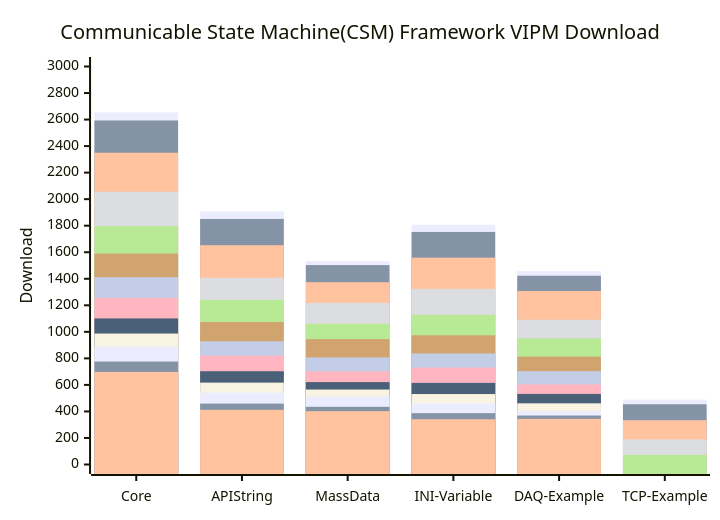
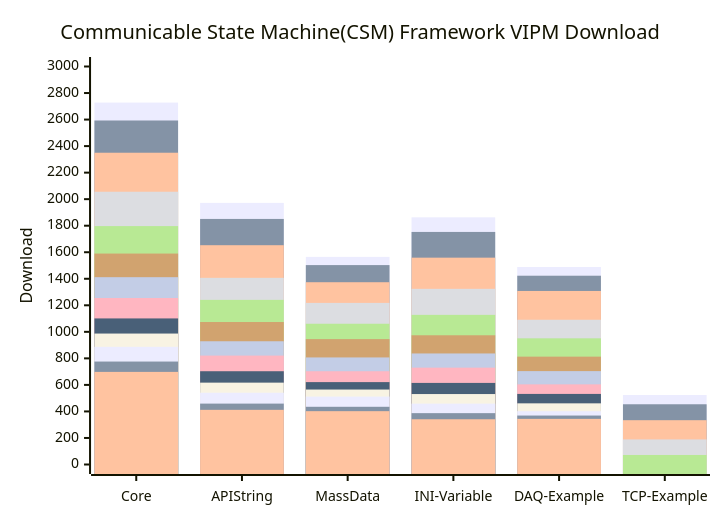
The diagram in profile/README.md (NEVSTOP-LAB/.github), drawn with Mermaid before and after one commit.

````diff
--- a/profile/README.md
+++ b/profile/README.md
@@ -31,19 +31,19 @@
 ```mermaid
     xychart-beta
     title "Communicable State Machine(CSM) Framework VIPM Download"
     x-axis [Core, API String, MassData, INI-Variable, DAQ-Example, TCP-Example]
     y-axis "Download" 0 --> 3000
-    bar   [2655, 1908, 1533, 1807, 1458, 489]
+    bar   [2728, 1972, 1565, 1863, 1489, 524]
     bar   [2593, 1851, 1503, 1753, 1423, 454]
     bar   [2350, 1653, 1374, 1559, 1308, 334]
     bar   [2056, 1407, 1218, 1324, 1091, 189]
     bar   [1797, 1241, 1061, 1128, 951, 72]
     bar   [1590, 1074, 945, 974, 813]
     bar   [1412, 929, 807, 837, 704]
     bar   [1255, 821, 703, 730, 604]
     bar   [1101, 703, 621, 615, 532]
     bar   [987, 617, 565, 531, 461]
     bar   [887, 541, 512, 459, 402]
     bar   [776, 459, 435, 387, 369]
     bar   [698, 412, 402, 341, 344]
 ```
````
